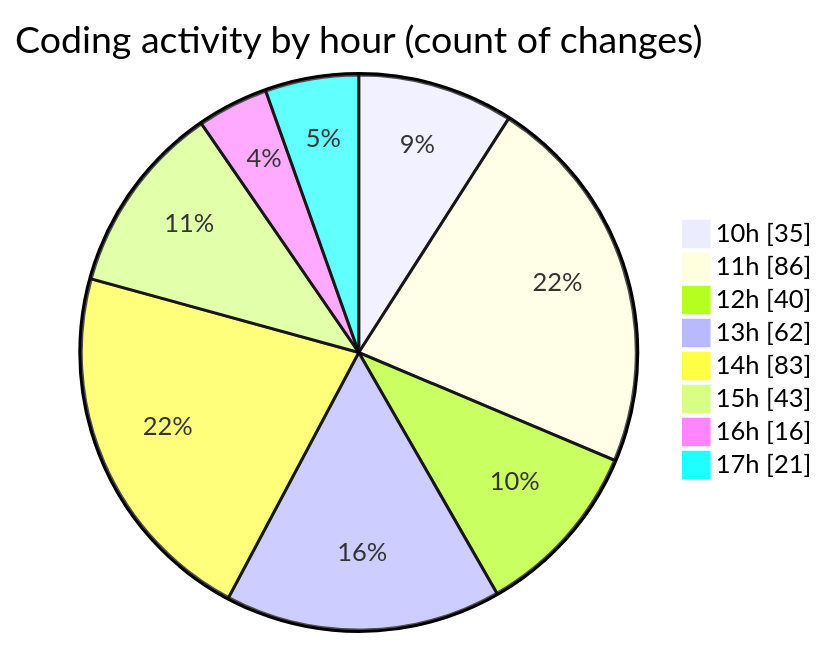
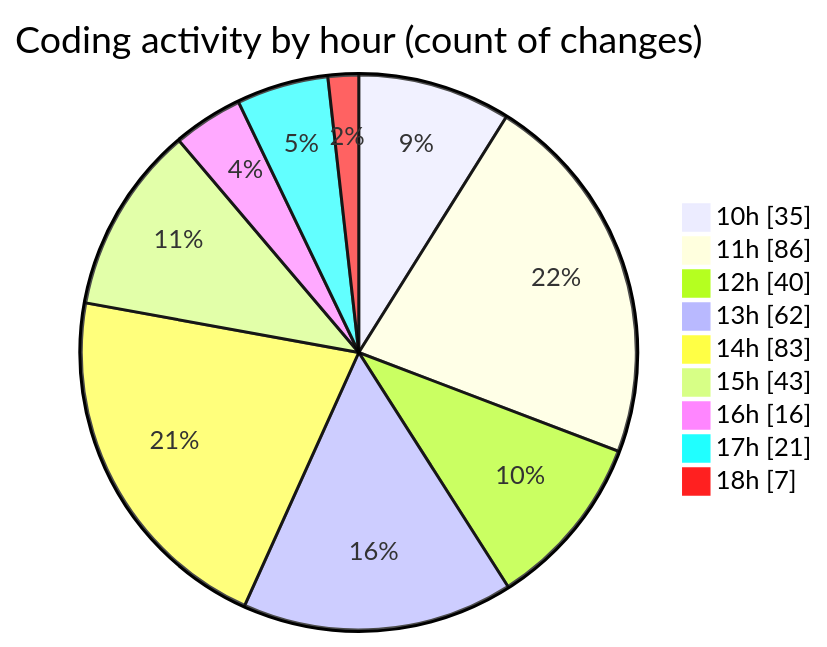
One commit to momahboobian/code-tracking changed the second of 2 diagrams in 2025-03-28/cda/README.md. Above: the diagram before and after it, drawn with Mermaid. The commit also changed other lines of this file and 1 other file, not shown here.

````diff
--- a/2025-03-28/cda/README.md
+++ b/2025-03-28/cda/README.md
@@ -46,12 +46,13 @@
 ```mermaid
 pie showData
 title Coding activity by hour (count of changes)
 "10h" : 35
 "11h" : 86
 "12h" : 40
 "13h" : 62
 "14h" : 83
 "15h" : 43
 "16h" : 16
 "17h" : 21
+"18h" : 7
 ```
````
